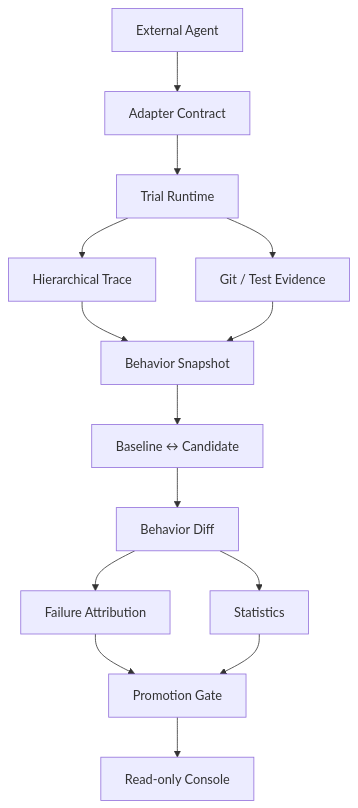
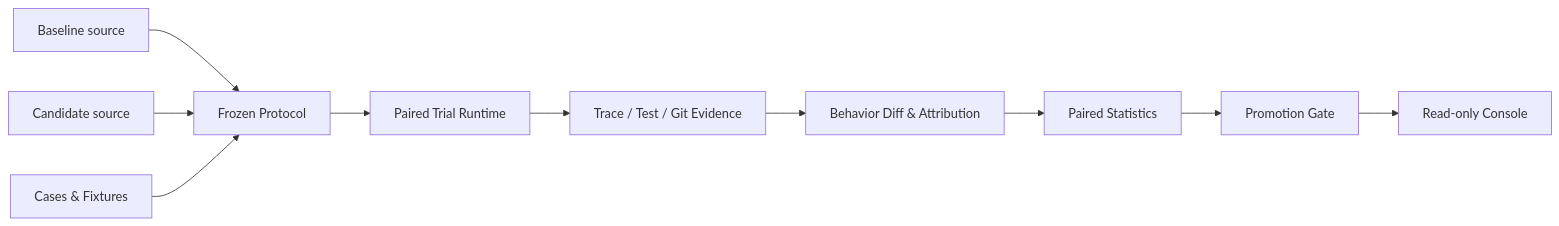
One commit to Zsyyyyyyyy/agent-observability-and-evaluation-platform changed the diagram in README.md. Above: the diagram before and after it, drawn with Mermaid. The commit also changed other lines of this file and 1 other file, not shown here.

````diff
--- a/README.md
+++ b/README.md
@@ -7,16 +138,12 @@
 ```mermaid
-flowchart TD
-    A[External Agent] --> B[Adapter Contract]
-    B --> C[Trial Runtime]
-    C --> D[Hierarchical Trace]
-    C --> E[Git / Test Evidence]
-    D --> F[Behavior Snapshot]
-    E --> F
-    F --> G[Baseline ↔ Candidate]
-    G --> H[Behavior Diff]
-    H --> I[Failure Attribution]
-    H --> J[Statistics]
-    I --> K[Promotion Gate]
-    J --> K
-    K --> L[Read-only Console]
+flowchart LR
+    A[Baseline source] --> P[Frozen Protocol]
+    B[Candidate source] --> P
+    C[Cases & Fixtures] --> P
+    P --> R[Paired Trial Runtime]
+    R --> T[Trace / Test / Git Evidence]
+    T --> D[Behavior Diff & Attribution]
+    D --> S[Paired Statistics]
+    S --> G[Promotion Gate]
+    G --> O[Read-only Console]
 ```
````
